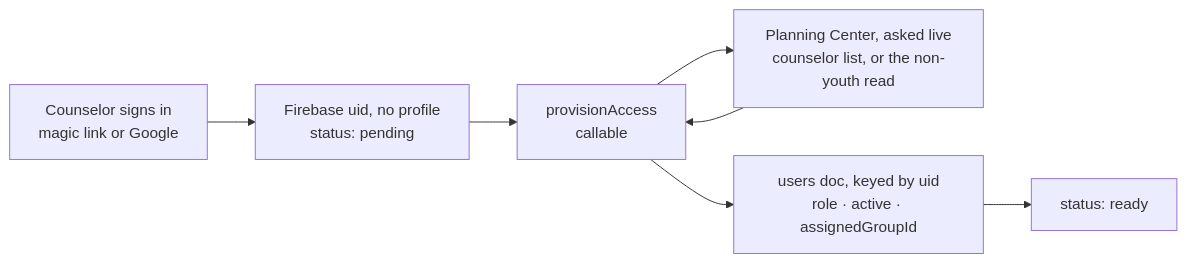
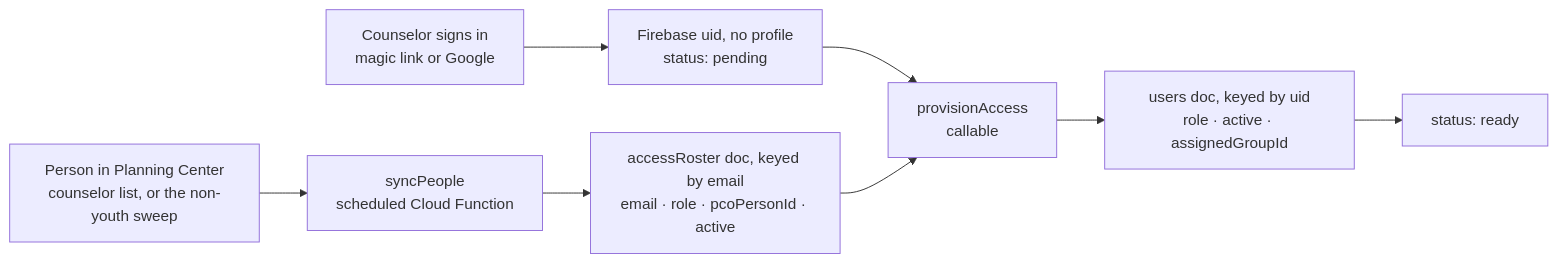
The diagram in docs/planning-center.md (vrwarp/tally), drawn with Mermaid before and after one commit. The commit also changed other lines of this file and 29 other files, not shown here.

````diff
--- a/docs/planning-center.md
+++ b/docs/planning-center.md
@@ -191,9 +190,11 @@
 ```mermaid
 flowchart LR
+  A["Person in Planning Center<br/>counselor list, or the non-youth sweep"]
+    --> B["syncPeople<br/>scheduled Cloud Function"]
+  B --> C["accessRoster doc, keyed by email<br/>email · role · pcoPersonId · active"]
   D["Counselor signs in<br/>magic link or Google"] --> E["Firebase uid, no profile<br/>status: pending"]
   E --> F["provisionAccess<br/>callable"]
-  F --> A["Planning Center, asked live<br/>counselor list, or the non-youth read"]
-  A --> F
+  C --> F
   F --> G["users doc, keyed by uid<br/>role · active · assignedGroupId"]
   G --> H["status: ready"]
 ```
````
